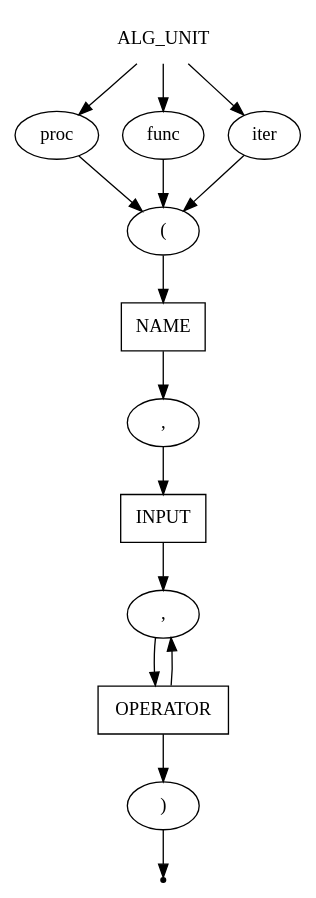
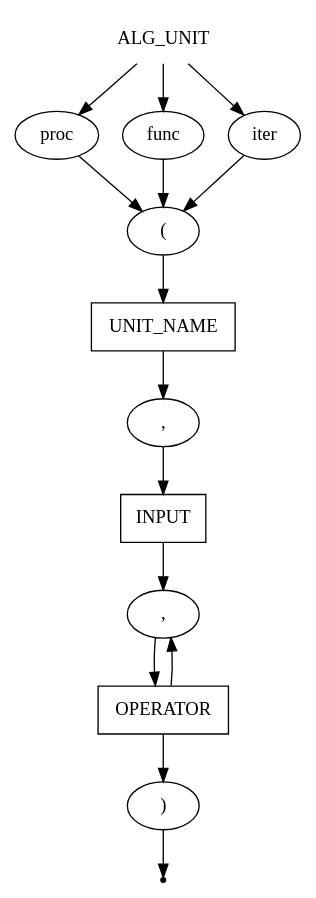
One commit to mshnschnko/ProMa changed the diagram in src/CodeParser/grammar/alg_unit.gv. Above: the diagram before and after it, drawn with Graphviz. The commit also changed 8 other files, not shown here.

```diff
--- a/src/CodeParser/grammar/alg_unit.gv
+++ b/src/CodeParser/grammar/alg_unit.gv
@@ -1,29 +1,29 @@
 digraph ALG_UNIT {
     start [label=ALG_UNIT shape=plaintext]
     proc [label=proc shape=oval]
     func [label=func shape=oval]
     iter [label=iter shape=oval]
     br_open [label="(" shape=oval]
     br_close [label=")" shape=oval]
-    name [label=NAME shape=box]
+    name [label=UNIT_NAME shape=box]
     comma_1 [label="," shape=oval]
     comma_2 [label="," shape=oval]
     input [label=INPUT shape=box]
     operator [label=OPERATOR shape=box]
     end [label="" shape=point]
 
     start -> func
     start -> proc
     start -> iter
     func -> br_open
     proc -> br_open
     iter -> br_open
     br_open -> name
     name -> comma_1
     comma_1 -> input
     input -> comma_2
     comma_2 -> operator
     operator -> comma_2
     operator -> br_close
     br_close -> end
 }
```
